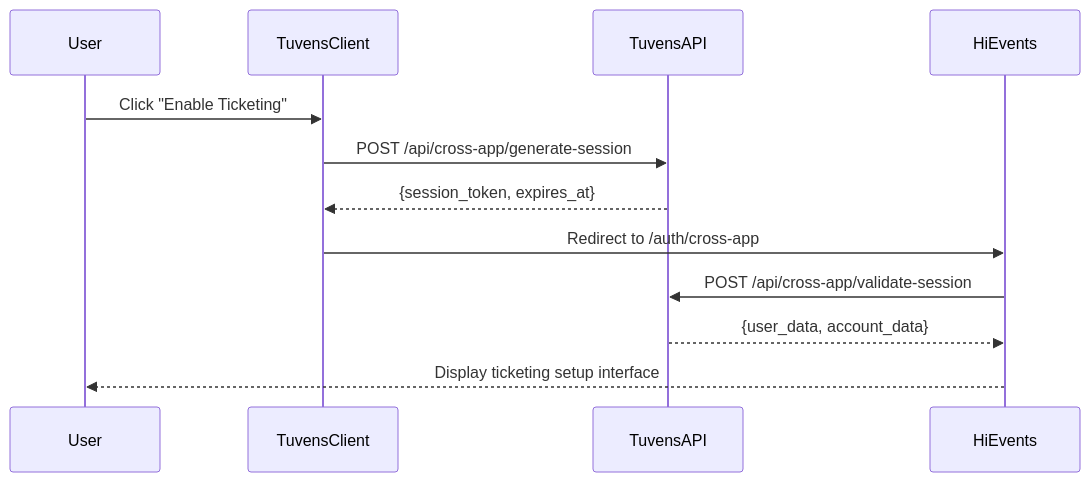
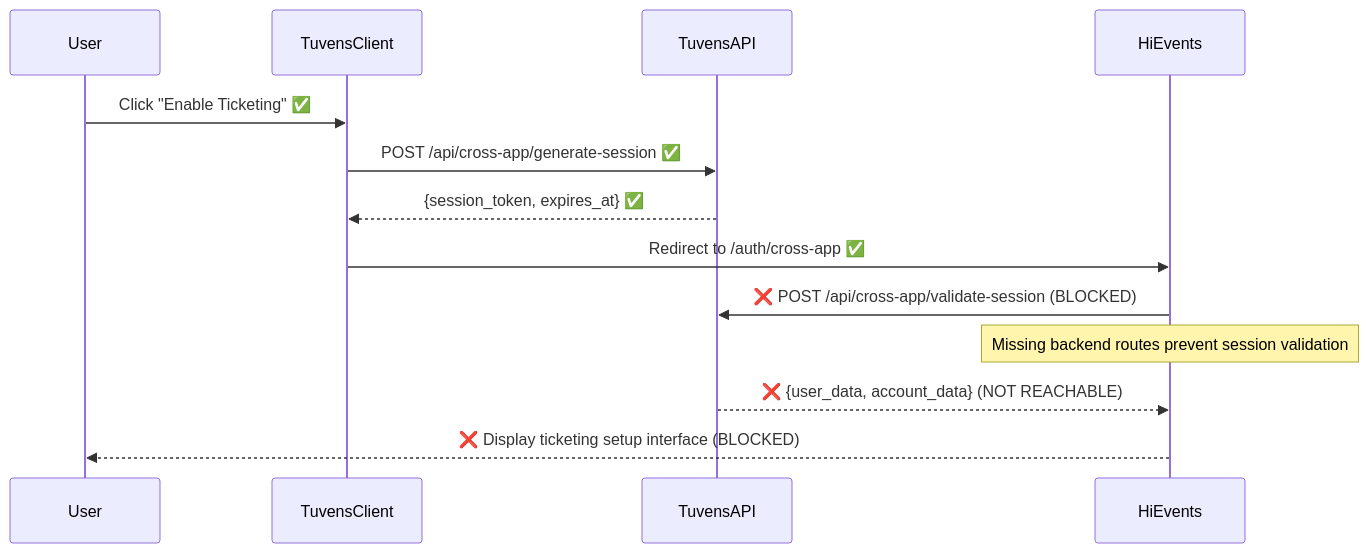
Before and after one commit to tuvens/tuvens-docs: the first of 3 diagrams in tuvens-docs/integration-guides/hi-events/architecture.md, drawn with Mermaid. The commit also changed other lines of this file and 2 other files, not shown here.

First line of the commit message:
docs: correct Hi.Events integration documentation accuracy (resolves #56)

````diff
--- a/tuvens-docs/integration-guides/hi-events/architecture.md
+++ b/tuvens-docs/integration-guides/hi-events/architecture.md
@@ -106,15 +121,16 @@
 ```mermaid
 sequenceDiagram
     participant User
     participant TuvensClient
     participant TuvensAPI
     participant HiEvents
     
-    User->>TuvensClient: Click "Enable Ticketing"
-    TuvensClient->>TuvensAPI: POST /api/cross-app/generate-session
-    TuvensAPI-->>TuvensClient: {session_token, expires_at}
-    TuvensClient->>HiEvents: Redirect to /auth/cross-app
-    HiEvents->>TuvensAPI: POST /api/cross-app/validate-session
-    TuvensAPI-->>HiEvents: {user_data, account_data}
-    HiEvents-->>User: Display ticketing setup interface
+    User->>TuvensClient: Click "Enable Ticketing" ✅
+    TuvensClient->>TuvensAPI: POST /api/cross-app/generate-session ✅
+    TuvensAPI-->>TuvensClient: {session_token, expires_at} ✅
+    TuvensClient->>HiEvents: Redirect to /auth/cross-app ✅
+    HiEvents->>TuvensAPI: ❌ POST /api/cross-app/validate-session (BLOCKED)
+    Note over HiEvents: Missing backend routes prevent session validation
+    TuvensAPI-->>HiEvents: ❌ {user_data, account_data} (NOT REACHABLE)
+    HiEvents-->>User: ❌ Display ticketing setup interface (BLOCKED)
 ```
````
